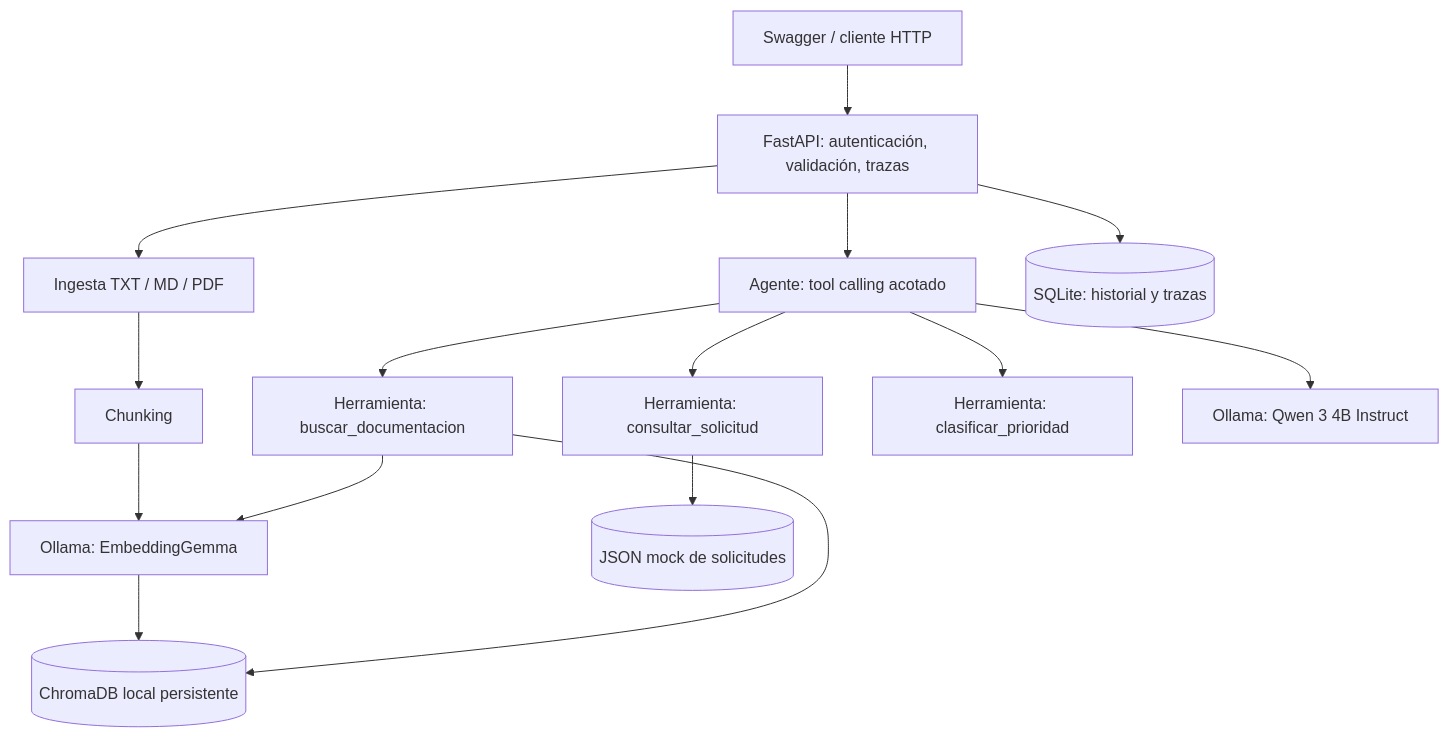
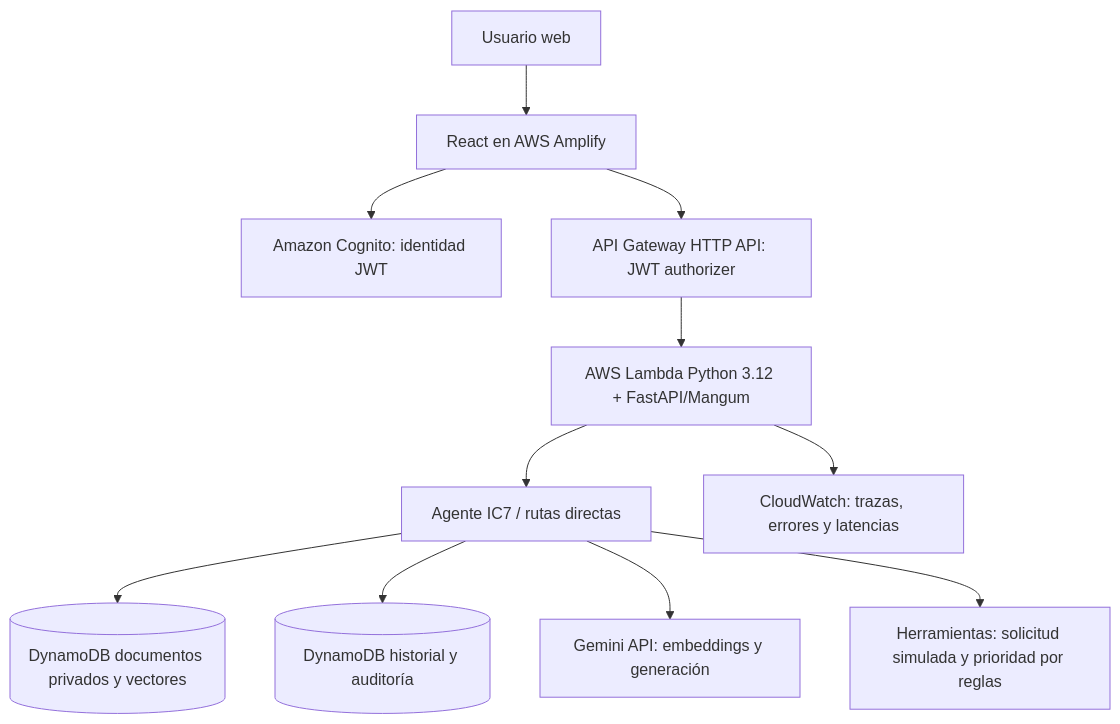
The first of 2 diagrams in docs/arquitectura.md (Golarter/ic7-enterprise-ai-assistant), drawn with Mermaid before and after one commit. The commit also changed other lines of this file and 7 other files, not shown here.

Commit message:
Actualizar documentacion tecnica y evidencias de IC7 AWS

````diff
--- a/docs/arquitectura.md
+++ b/docs/arquitectura.md
@@ -3,17 +7,13 @@
 ```mermaid
 flowchart TD
-  UI[Swagger / cliente HTTP] --> API[FastAPI: autenticación, validación, trazas]
-  API --> AG[Agente: tool calling acotado]
-  API --> ING[Ingesta TXT / MD / PDF]
-  ING --> CH[Chunking]
-  CH --> EMB[Ollama: EmbeddingGemma]
-  EMB --> VDB[(ChromaDB local persistente)]
-  AG --> RAG[Herramienta: buscar_documentacion]
-  RAG --> EMB
-  RAG --> VDB
-  AG --> SOL[Herramienta: consultar_solicitud]
-  SOL --> DB[(JSON mock de solicitudes)]
-  AG --> CLA[Herramienta: clasificar_prioridad]
-  AG --> LLM[Ollama: Qwen 3 4B Instruct]
-  API --> AUD[(SQLite: historial y trazas)]
+    U[Usuario web] --> A[React en AWS Amplify]
+    A --> C[Amazon Cognito: identidad JWT]
+    A --> G[API Gateway HTTP API: JWT authorizer]
+    G --> L[AWS Lambda Python 3.12 + FastAPI/Mangum]
+    L --> AG[Agente IC7 / rutas directas]
+    AG --> D[(DynamoDB documentos privados y vectores)]
+    AG --> H[(DynamoDB historial y auditoría)]
+    AG --> E[Gemini API: embeddings y generación]
+    AG --> T[Herramientas: solicitud simulada y prioridad por reglas]
+    L --> W[CloudWatch: trazas, errores y latencias]
 ```
````
